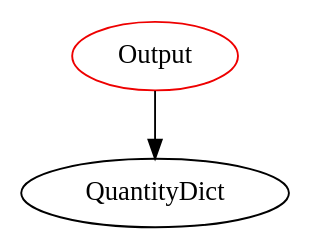
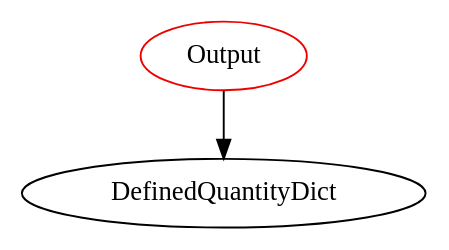
The diagram in analysis/TypeDependencyGraphs/theory/Output.dot (JacquesCarette/Drasil), drawn with Graphviz before and after one commit. The commit also changed 1031 other files, not shown here.

```diff
--- a/analysis/TypeDependencyGraphs/theory/Output.dot
+++ b/analysis/TypeDependencyGraphs/theory/Output.dot
@@ -1,4 +1,4 @@
 digraph output{
 Output	[shape=oval, color=red2, label="Output"];
-Output -> QuantityDict;
+Output -> DefinedQuantityDict;
 }
```
